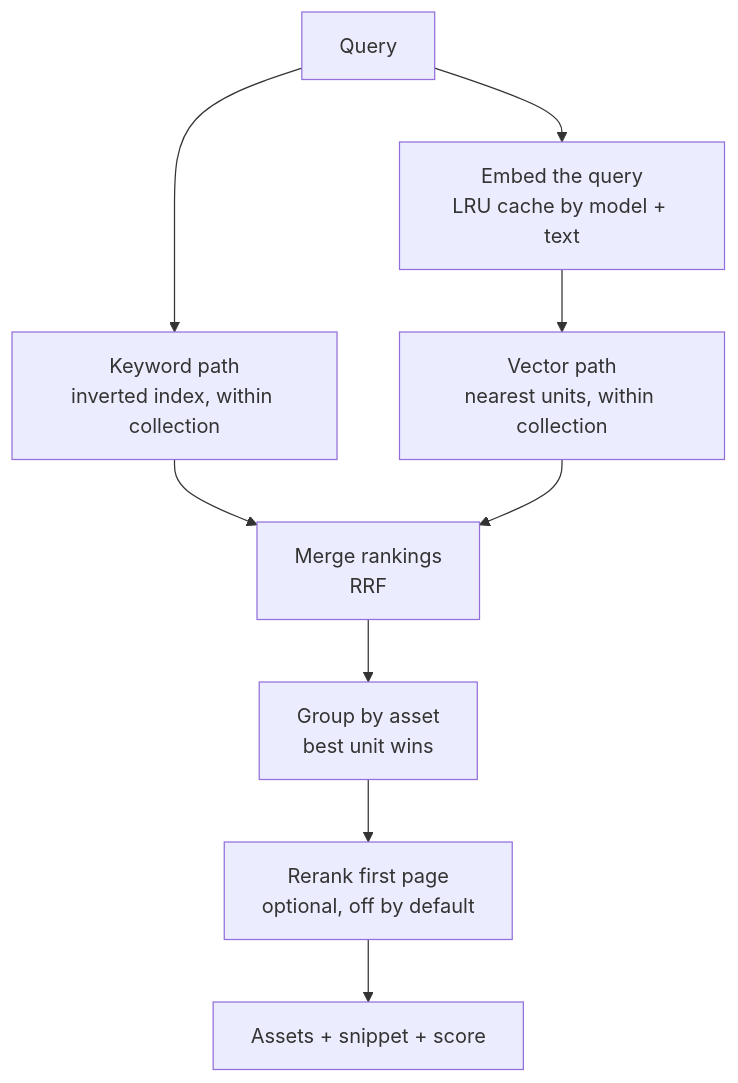
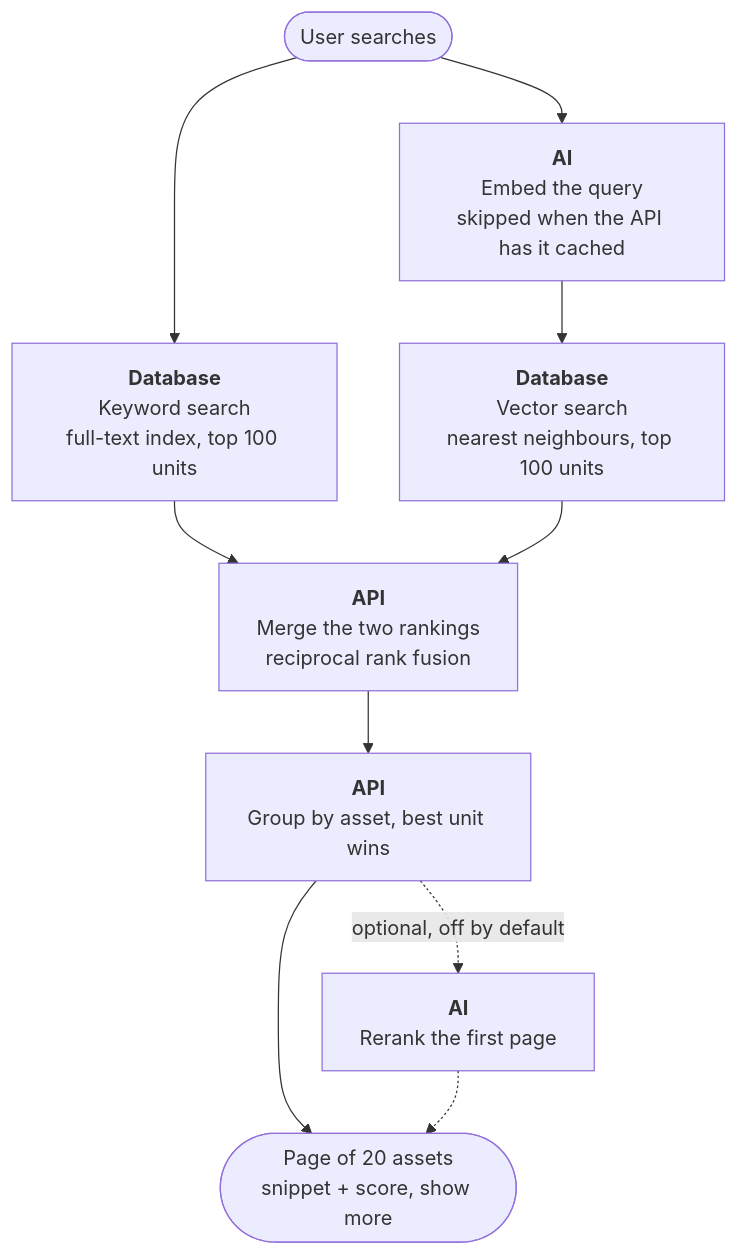
One commit to saarmichael/KMS changed the fifth of 5 diagrams in docs/system-design.md. Above: the diagram before and after it, drawn with Mermaid. The commit also changed other lines of this file and 2 other files, not shown here.

Commit message:
docs: README rewrite, component and pipeline diagrams, product named Sift

````diff
--- a/docs/system-design.md
+++ b/docs/system-design.md
@@ -199,11 +214,12 @@
 ```mermaid
 flowchart TD
-  Q[Query] --> K[Keyword path<br/>inverted index, within collection]
-  Q --> E[Embed the query<br/>LRU cache by model + text]
-  E --> V[Vector path<br/>nearest units, within collection]
-  K --> F[Merge rankings<br/>RRF]
+  Q([User searches]) --> E[<b>AI</b><br/>Embed the query<br/>skipped when the API has it cached]
+  Q --> K[<b>Database</b><br/>Keyword search<br/>full-text index, top 100 units]
+  E --> V[<b>Database</b><br/>Vector search<br/>nearest neighbours, top 100 units]
+  K --> F[<b>API</b><br/>Merge the two rankings<br/>reciprocal rank fusion]
   V --> F
-  F --> G[Group by asset<br/>best unit wins]
-  G --> RR[Rerank first page<br/>optional, off by default]
-  RR --> R[Assets + snippet + score]
+  F --> G[<b>API</b><br/>Group by asset, best unit wins]
+  G -. "optional, off by default" .-> RR[<b>AI</b><br/>Rerank the first page]
+  G --> R([Page of 20 assets<br/>snippet + score, show more])
+  RR -.-> R
 ```
````
